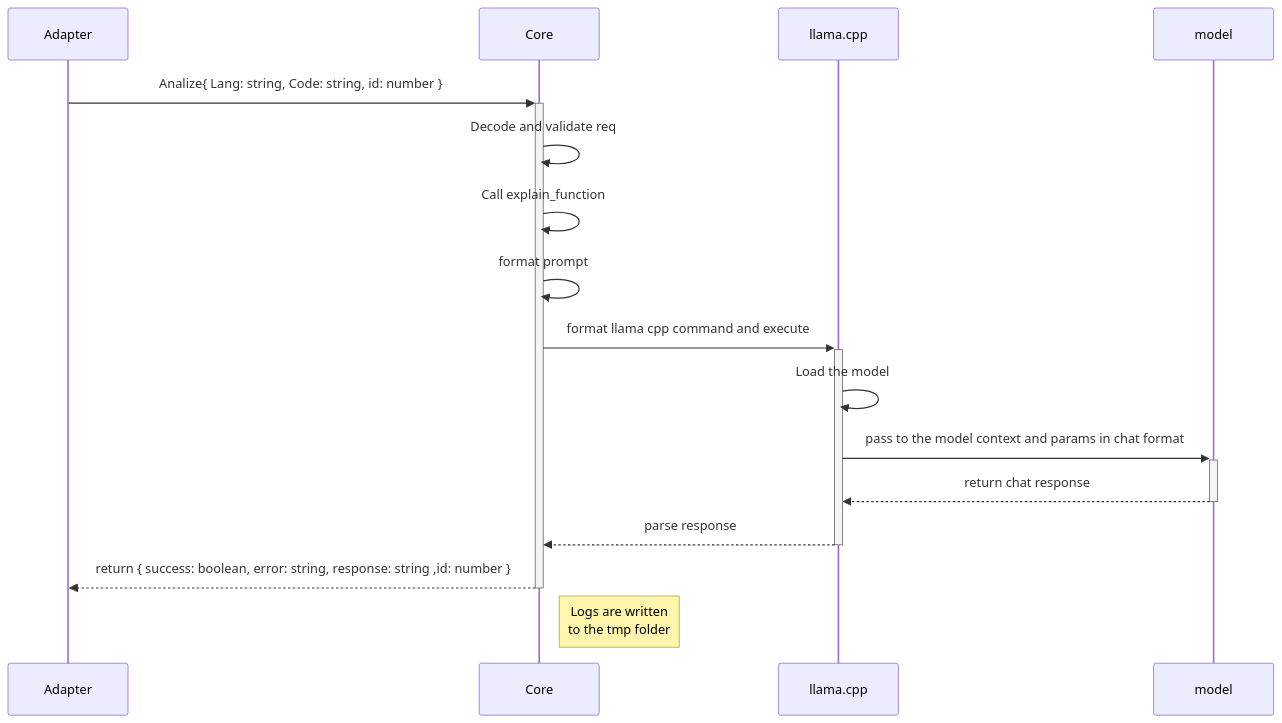
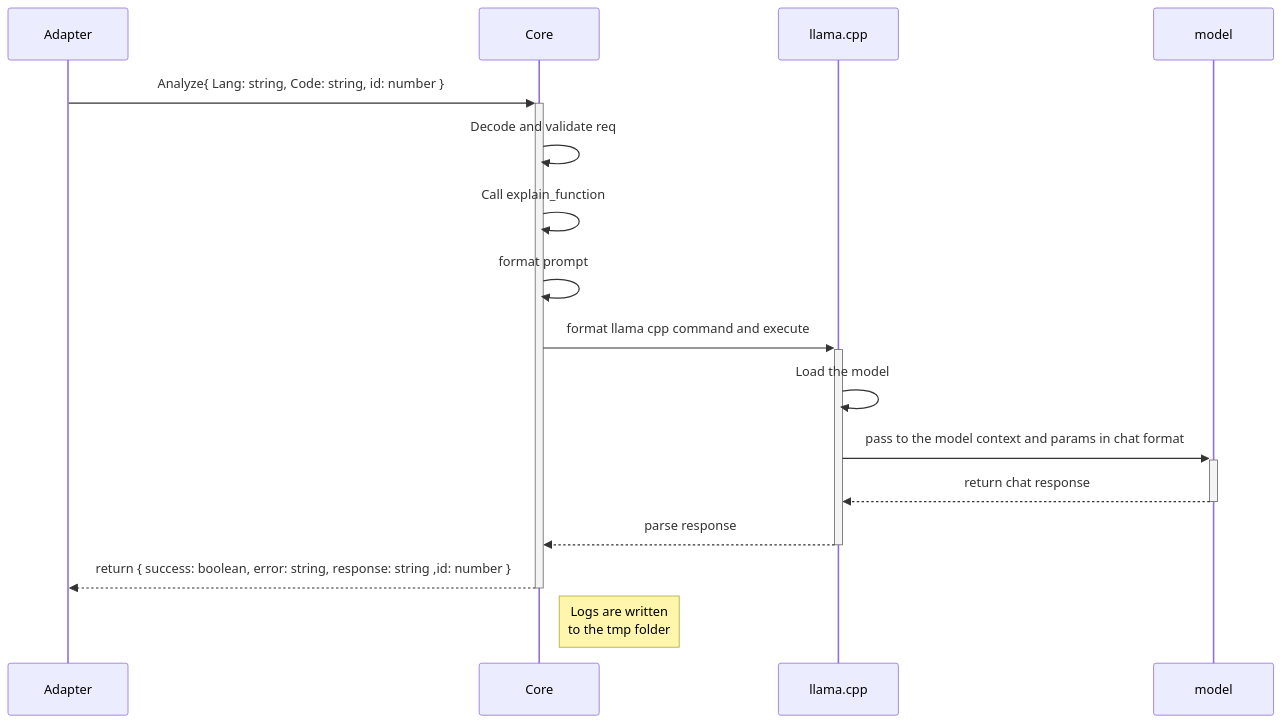
Before and after one commit to AgustinAllamanoCosta/Pulpero: the second of 2 diagrams in README.md, drawn with Mermaid.

Commit message:
docs: ✏️ fix more typos

````diff
--- a/README.md
+++ b/README.md
@@ -246,18 +246,18 @@
 ```mermaid
    sequenceDiagram
       participant Adapter
       participant Core
       participant llama.cpp
       participant model
-      Adapter->>+Core: Analize{ Lang: string, Code: string, id: number }
+      Adapter->>+Core: Analyze{ Lang: string, Code: string, id: number }
       Core->>Core: Decode and validate req
       Core->>Core: Call explain_function
       Core->>Core: format prompt
       Core->>+llama.cpp: format llama cpp command and execute
       llama.cpp->>llama.cpp: Load the model
       llama.cpp->>+model: pass to the model context and params in chat format
       model-->>-llama.cpp: return chat response
       llama.cpp-->>-Core: parse response
       Core-->>-Adapter: return { success: boolean, error: string, response: string ,id: number }
       Note right of Core: Logs are written <br/> to the tmp folder
 ```
````
